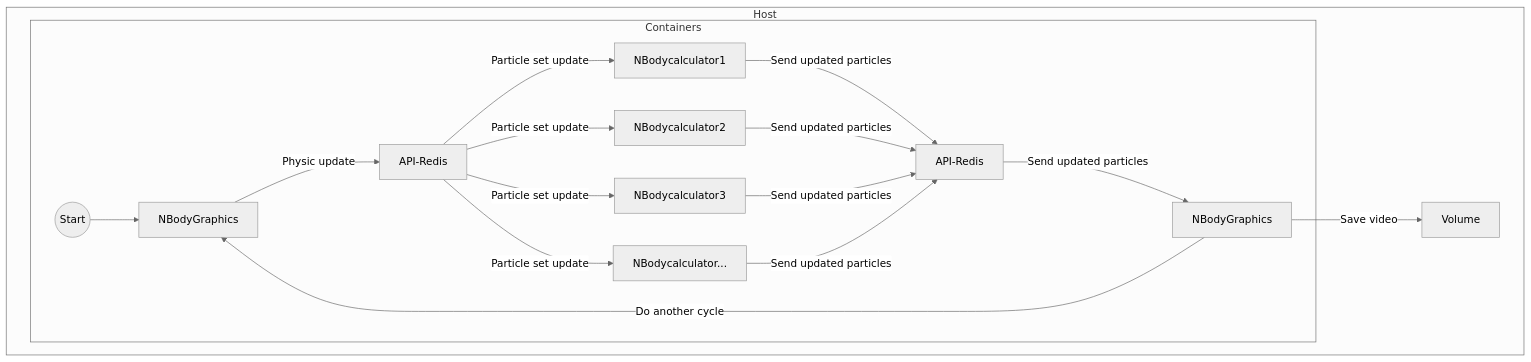
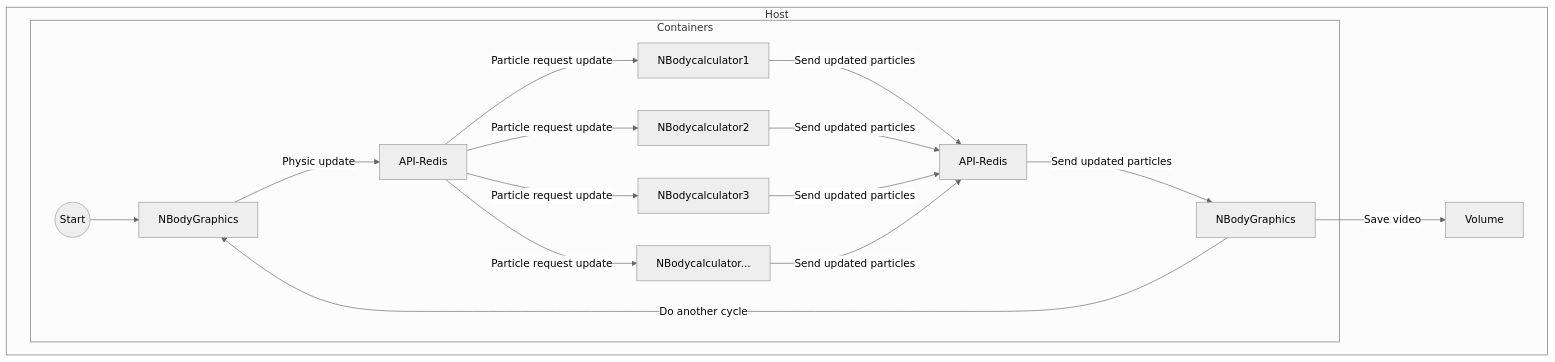
The second of 2 diagrams in README.md (Im-Rises/nbody-simulator-docker), drawn with Mermaid (neutral theme) before and after one commit. The commit also changed other lines of this file, not shown here.

````diff
--- a/README.md
+++ b/README.md
@@ -60,29 +68,26 @@
 ```mermaid
 graph TB
     subgraph Host
     
     subgraph Containers
     A((Start))
     B[NBodyGraphics]
     C[API-Redis]
     D[NBodycalculator1]
     E[NBodycalculator2]
     F[NBodycalculator3]
     G[NBodycalculator...]
     H[API-Redis]
     I[NBodyGraphics]
-    
     A --> B
     B --> | Physic update | C
-    C --> | Particle set update | D & E & F & G
+    C --> | Particle request update | D & E & F & G
     D & E & F & G --> | Send updated particles | H
     H --> | Send updated particles | I
     I --> | Do another cycle | B
     end
     
     J[Volume]
-    
     I --> | Save video | J
-    
     end
 ```
````
